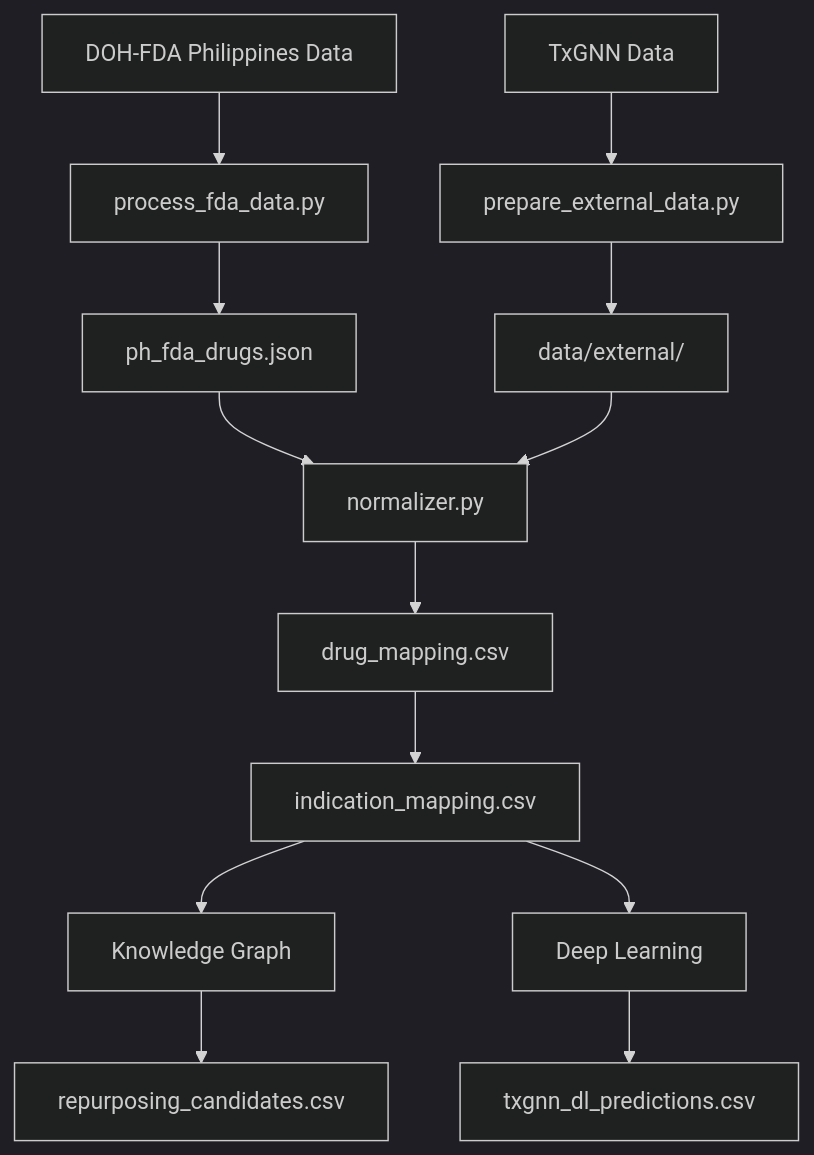
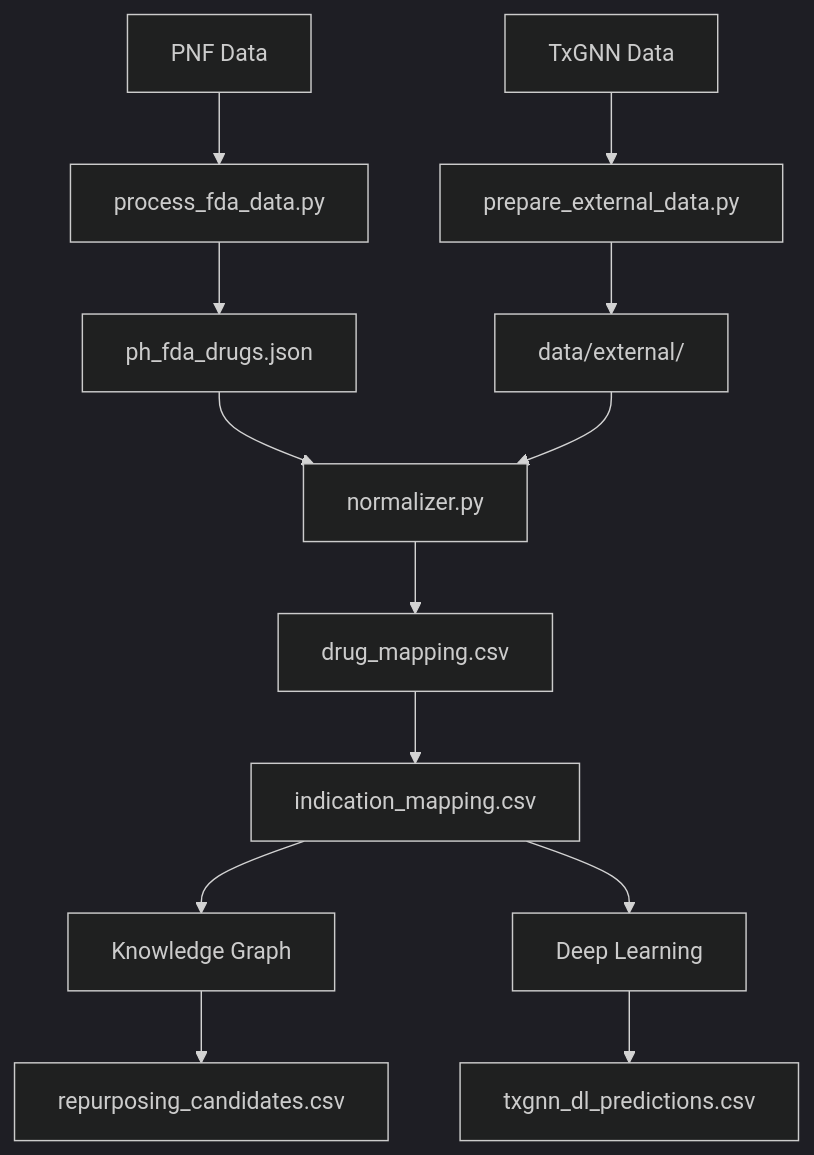
Before and after one commit to yao-care/PhTxGNN: the second of 2 diagrams in README.md, drawn with Mermaid (dark theme). The commit also changed other lines of this file and 2 other files, not shown here.

First line of the commit message:
其餘資料來源描述改寫實際資料集：FDA Philippines → PNF

````diff
--- a/README.md
+++ b/README.md
@@ -303,20 +303,20 @@
 ```mermaid
 flowchart TD
-    FDA["DOH-FDA Philippines Data"] --> proc["process_fda_data.py"]
+    FDA["PNF Data"] --> proc["process_fda_data.py"]
     TxGNN["TxGNN Data"] --> prep["prepare_external_data.py"]
 
     proc --> json["ph_fda_drugs.json"]
     prep --> ext["data/external/"]
 
     json --> norm["normalizer.py"]
     ext --> norm
 
     norm --> drug_map["drug_mapping.csv"]
     drug_map --> ind_map["indication_mapping.csv"]
 
     ind_map --> KG["Knowledge Graph"]
     ind_map --> DL["Deep Learning"]
 
     KG --> kg_out["repurposing_candidates.csv"]
     DL --> dl_out["txgnn_dl_predictions.csv"]
 ```
````
